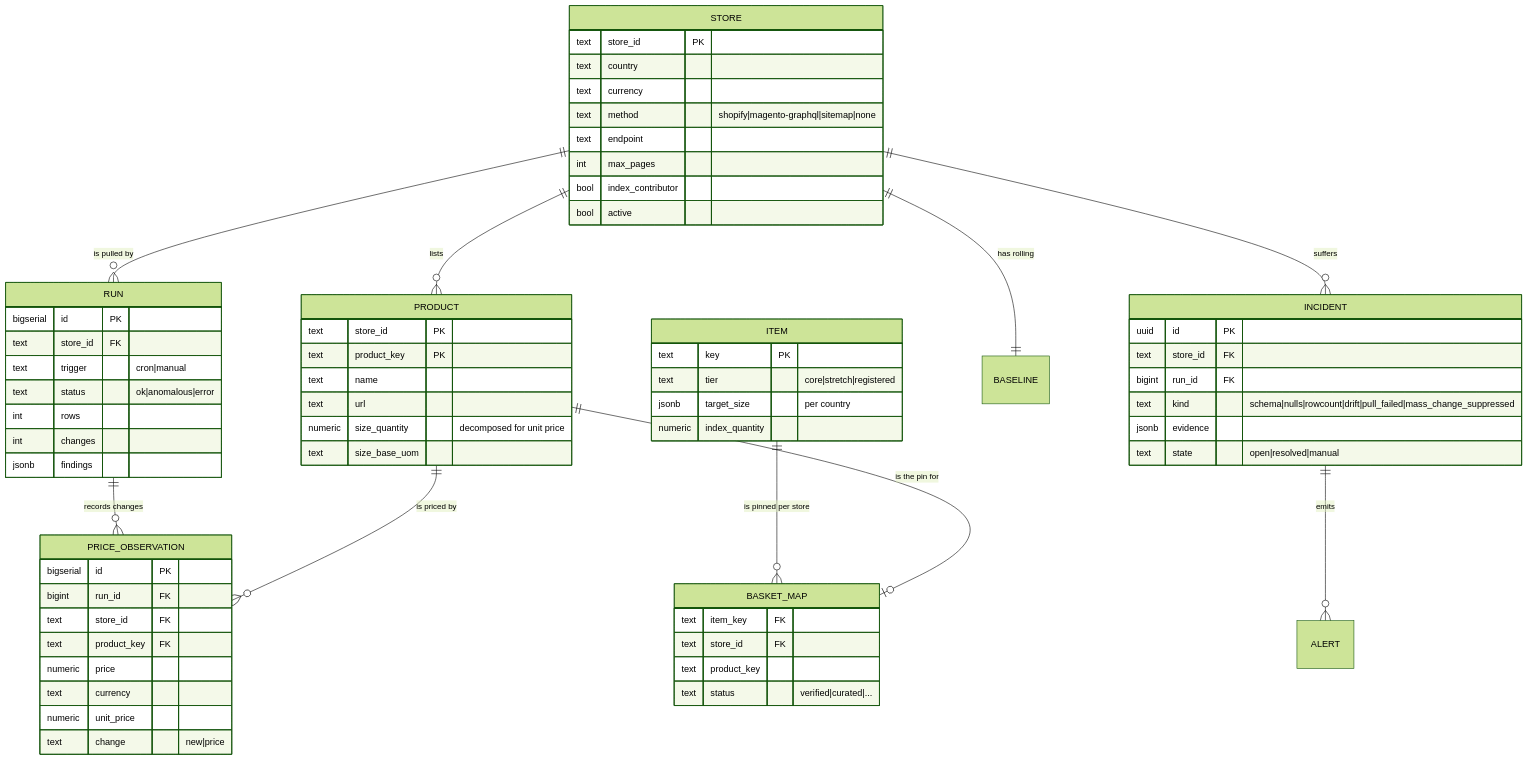
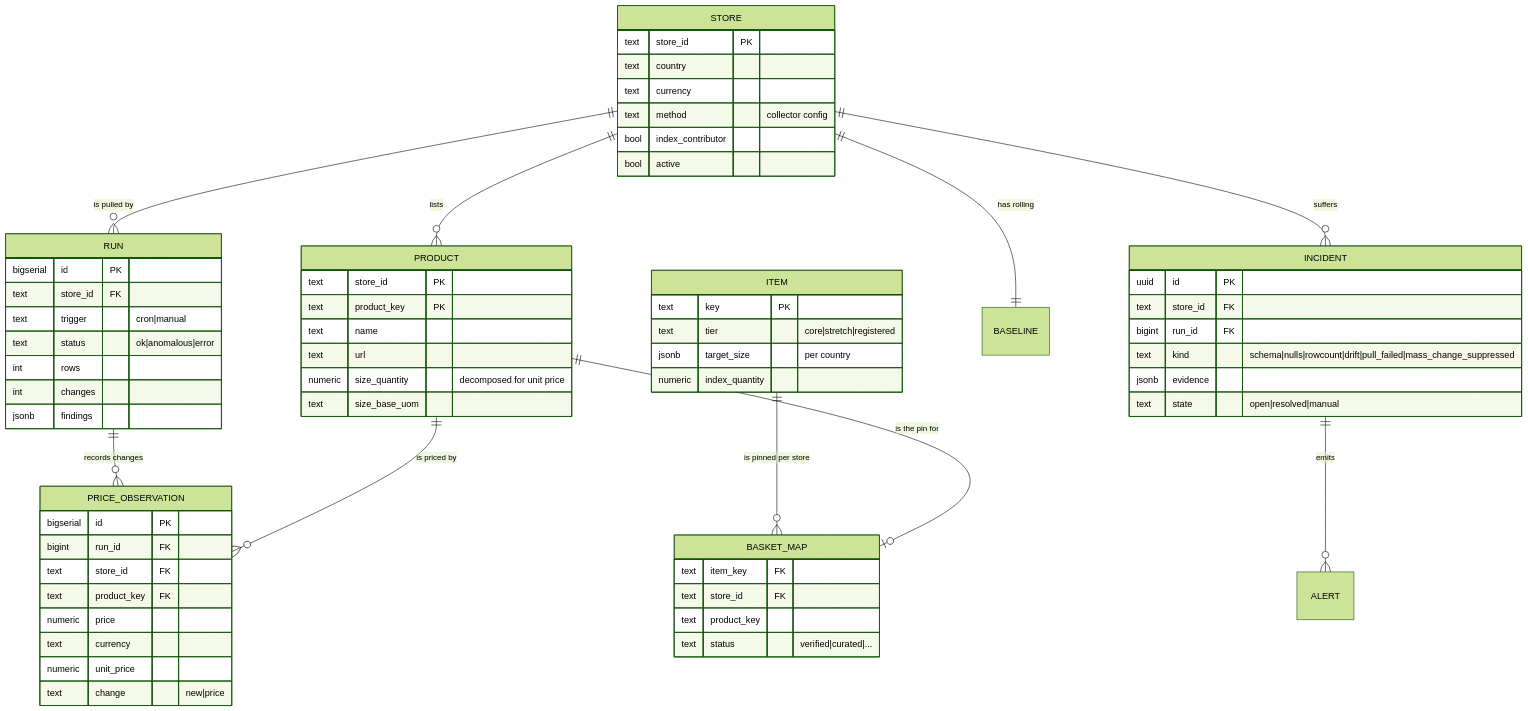
One commit to spencerjireh/basketwatch changed the second of 2 diagrams in docs/architecture.md. Above: the diagram before and after it, drawn with Mermaid (forest theme). The commit also changed other lines of this file and 88 other files, not shown here.

````diff
--- a/docs/architecture.md
+++ b/docs/architecture.md
@@ -179,70 +76,68 @@
 ```mermaid
 erDiagram
     STORE ||--o{ PRODUCT : "lists"
     STORE ||--o{ RUN : "is pulled by"
     STORE ||--o{ INCIDENT : "suffers"
     STORE ||--|| BASELINE : "has rolling"
     RUN ||--o{ PRICE_OBSERVATION : "records changes"
     PRODUCT ||--o{ PRICE_OBSERVATION : "is priced by"
     ITEM ||--o{ BASKET_MAP : "is pinned per store"
     PRODUCT ||--o| BASKET_MAP : "is the pin for"
     INCIDENT ||--o{ ALERT : "emits"
 
     STORE {
         text store_id PK
         text country
         text currency
-        text method "shopify|magento-graphql|sitemap|none"
-        text endpoint
-        int max_pages
+        text method "collector config"
         bool index_contributor
         bool active
     }
     PRODUCT {
         text store_id PK
         text product_key PK
         text name
         text url
         numeric size_quantity "decomposed for unit price"
         text size_base_uom
     }
     RUN {
         bigserial id PK
         text store_id FK
         text trigger "cron|manual"
         text status "ok|anomalous|error"
         int rows
         int changes
         jsonb findings
     }
     PRICE_OBSERVATION {
         bigserial id PK
         bigint run_id FK
         text store_id FK
         text product_key FK
         numeric price
         text currency
         numeric unit_price
         text change "new|price"
     }
     ITEM {
         text key PK
         text tier "core|stretch|registered"
         jsonb target_size "per country"
         numeric index_quantity
     }
     BASKET_MAP {
         text item_key FK
         text store_id FK
         text product_key
         text status "verified|curated|..."
     }
     INCIDENT {
         uuid id PK
         text store_id FK
         bigint run_id FK
         text kind "schema|nulls|rowcount|drift|pull_failed|mass_change_suppressed"
         jsonb evidence
         text state "open|resolved|manual"
     }
 ```
````
